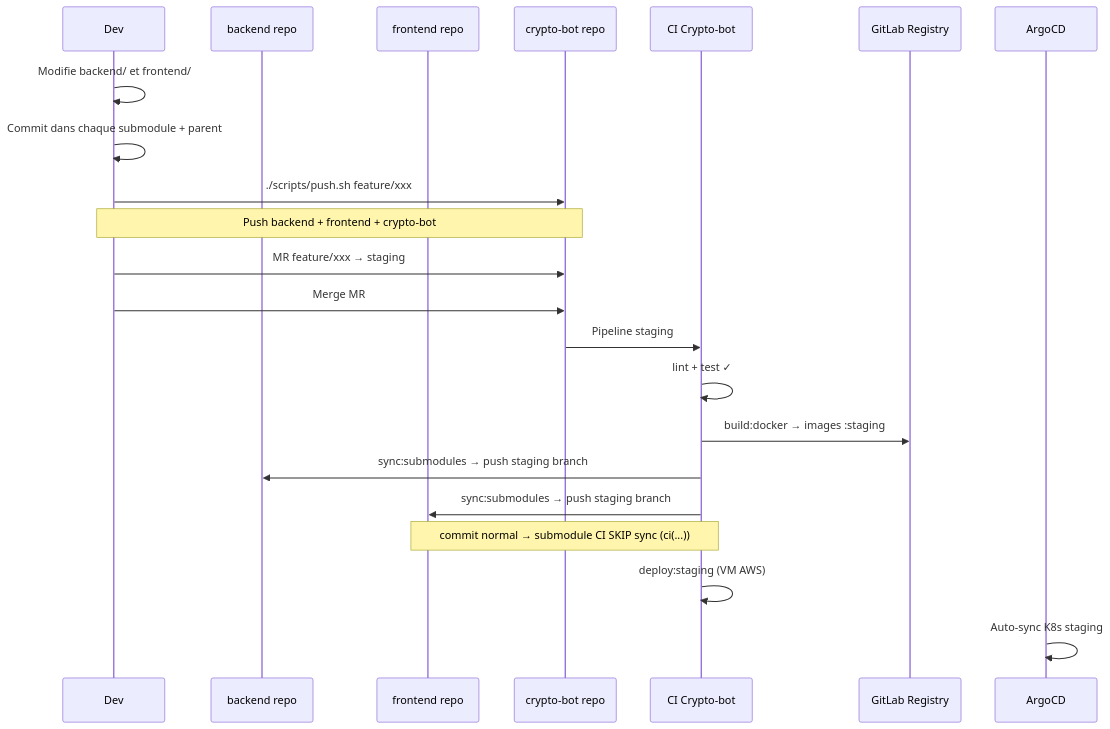
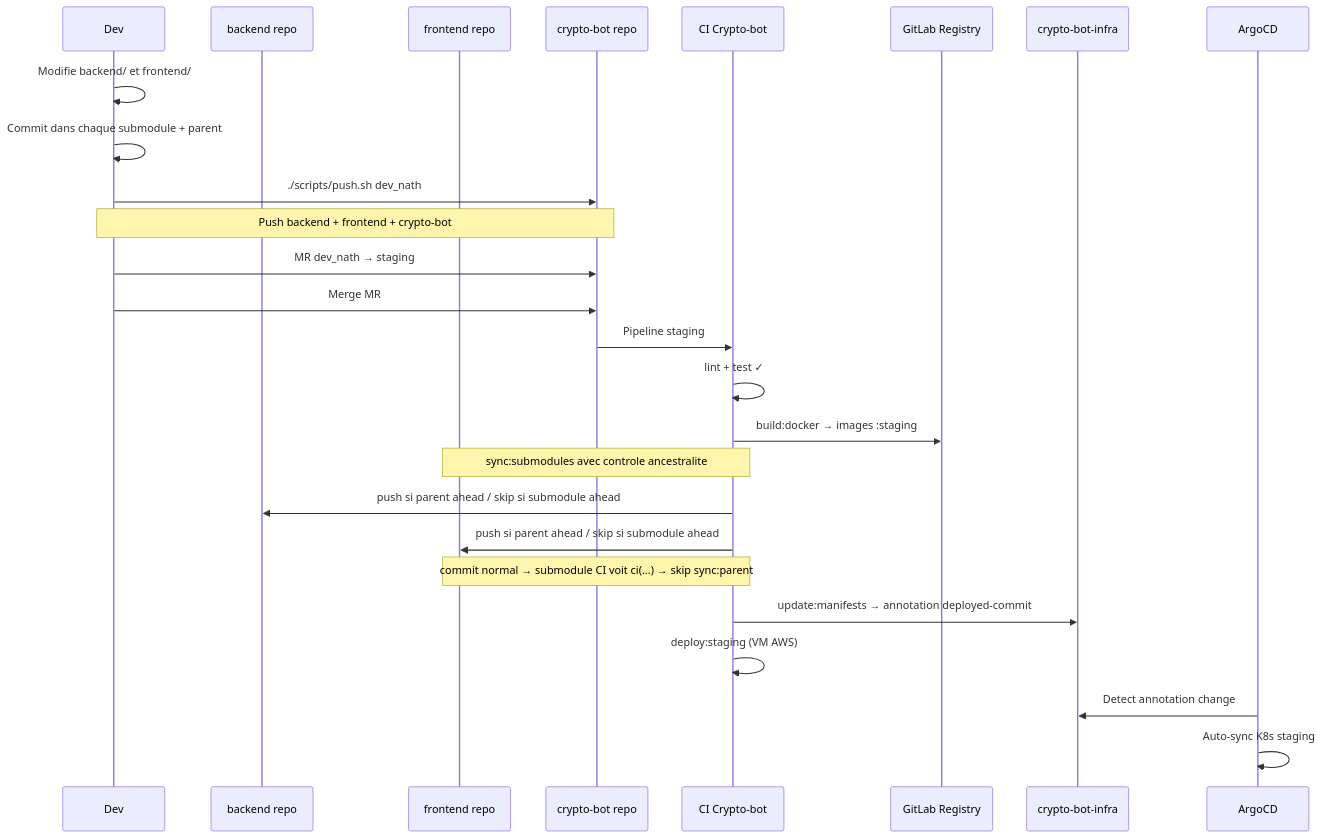
Before and after one commit to tawounfouet/rncp_crypto-bot-infra: the third of 4 diagrams in docs/GIT_WORKFLOW.md, drawn with Mermaid. The commit also changed other lines of this file and 4 other files, not shown here.

First line of the commit message:
docs: update sync workflow diagrams and documentation

````diff
--- a/docs/GIT_WORKFLOW.md
+++ b/docs/GIT_WORKFLOW.md
@@ -139,28 +148,34 @@
 ```mermaid
 sequenceDiagram
     participant Dev
     participant Backend as backend repo
     participant Frontend as frontend repo
     participant CryptoBot as crypto-bot repo
     participant CI_CB as CI Crypto-bot
     participant Registry as GitLab Registry
+    participant Infra as crypto-bot-infra
     participant ArgoCD
 
     Dev->>Dev: Modifie backend/ et frontend/
     Dev->>Dev: Commit dans chaque submodule + parent
-    Dev->>CryptoBot: ./scripts/push.sh feature/xxx
+    Dev->>CryptoBot: ./scripts/push.sh dev_nath
     Note over Dev,CryptoBot: Push backend + frontend + crypto-bot
 
-    Dev->>CryptoBot: MR feature/xxx → staging
+    Dev->>CryptoBot: MR dev_nath → staging
     Dev->>CryptoBot: Merge MR
 
     CryptoBot->>CI_CB: Pipeline staging
     CI_CB->>CI_CB: lint + test ✓
     CI_CB->>Registry: build:docker → images :staging
-    CI_CB->>Backend: sync:submodules → push staging branch
-    CI_CB->>Frontend: sync:submodules → push staging branch
-    Note over CI_CB,Frontend: commit normal → submodule CI SKIP sync (ci(...))
+
+    Note over CI_CB,Frontend: sync:submodules avec controle ancestralite
+    CI_CB->>Backend: push si parent ahead / skip si submodule ahead
+    CI_CB->>Frontend: push si parent ahead / skip si submodule ahead
+    Note over CI_CB,Frontend: commit normal → submodule CI voit ci(...) → skip sync:parent
+
+    CI_CB->>Infra: update:manifests → annotation deployed-commit
     CI_CB->>CI_CB: deploy:staging (VM AWS)
 
+    ArgoCD->>Infra: Detect annotation change
     ArgoCD->>ArgoCD: Auto-sync K8s staging
 ```
````
